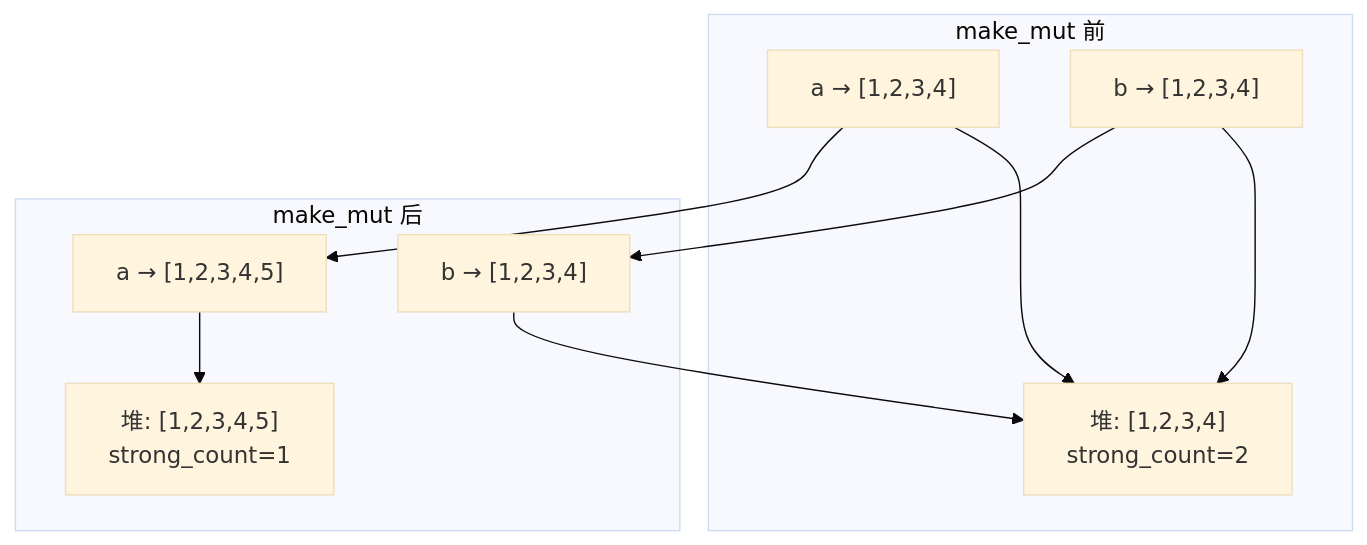
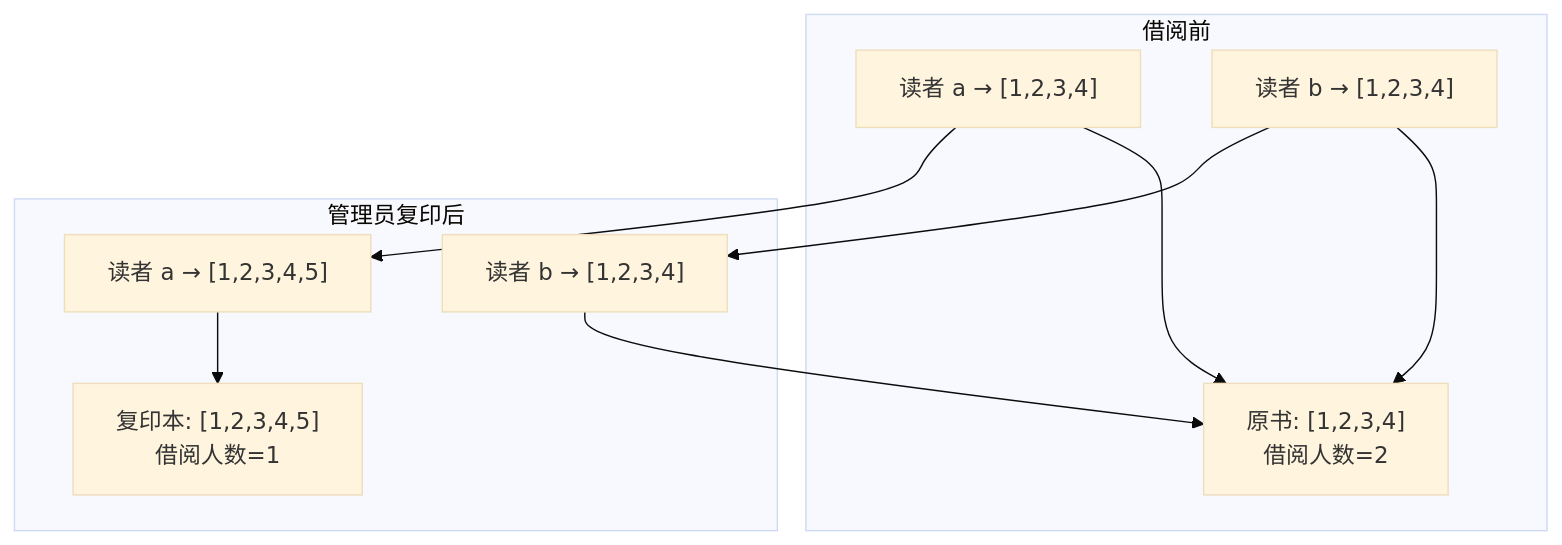
Before and after one commit to qknow-0/blog: the second of 2 diagrams in languages/rust/arc.md, drawn with Mermaid (base theme). The commit also changed other lines of this file and 10 other files, not shown here.

Commit message:
docs: Rust 全系列比喻重写——搬家/停车票/背包/快递/应聘/集装箱/图书馆/公寓楼/食品质检/酒店

````diff
--- a/languages/rust/arc.md
+++ b/languages/rust/arc.md
@@ -189,15 +182,15 @@
 ```mermaid
 flowchart TB
-    subgraph "make_mut 前"
-        A1["a → [1,2,3,4]"] --> Data1["堆: [1,2,3,4]<br/>strong_count=2"]
-        B1["b → [1,2,3,4]"] --> Data1
+    subgraph "借阅前"
+        A1["读者 a → [1,2,3,4]"] --> Data1["原书: [1,2,3,4]<br/>借阅人数=2"]
+        B1["读者 b → [1,2,3,4]"] --> Data1
     end
 
-    subgraph "make_mut 后"
-        A2["a → [1,2,3,4,5]"] --> Data2["堆: [1,2,3,4,5]<br/>strong_count=1"]
-        B2["b → [1,2,3,4]"] --> Data1
+    subgraph "管理员复印后"
+        A2["读者 a → [1,2,3,4,5]"] --> Data2["复印本: [1,2,3,4,5]<br/>借阅人数=1"]
+        B2["读者 b → [1,2,3,4]"] --> Data1
     end
 
     A1 --> A2
     B1 --> B2
 ```
````
